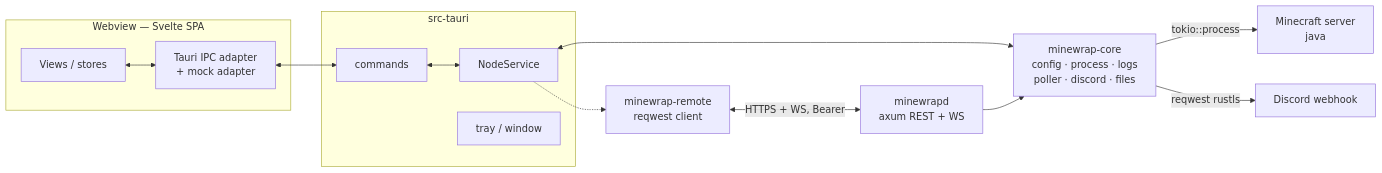
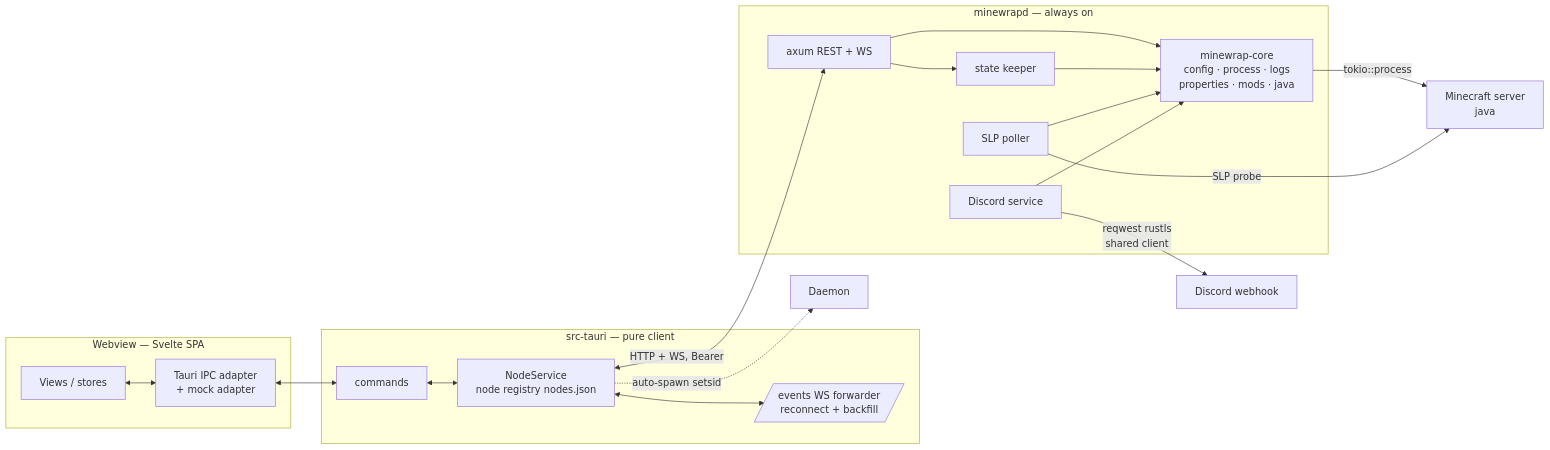
Before and after one commit to longme179/Minewrap: the first of 2 diagrams in ARCHITECTURE.md, drawn with Mermaid. The commit also changed other lines of this file and 26 other files, not shown here.

````diff
--- a/ARCHITECTURE.md
+++ b/ARCHITECTURE.md
@@ -8,25 +12,38 @@
 ```mermaid
 flowchart LR
     subgraph UI [Webview — Svelte SPA]
         V[Views / stores]
         IPC[Tauri IPC adapter<br/>+ mock adapter]
         V <--> IPC
     end
 
-    subgraph TAURI [src-tauri]
+    subgraph TAURI [src-tauri — pure client]
         Cmd[commands]
-        NodeSvc[NodeService]
-        Tray[tray / window]
+        NodeSvc[NodeService<br/>node registry nodes.json]
+        Fwd[/events WS forwarder<br/>reconnect + backfill/]
         Cmd <--> NodeSvc
+        NodeSvc <--> Fwd
     end
 
-    NodeSvc <--> Core[minewrap-core<br/>config · process · logs<br/>poller · discord · files]
-    NodeSvc -.-> Remote[minewrap-remote<br/>reqwest client]
+    IPC <--> Cmd
 
-    IPC <--> Cmd
-    Remote <-->|HTTPS + WS, Bearer| Daemon[minewrapd<br/>axum REST + WS]
-    Daemon --> Core
+    subgraph DAEMON [minewrapd — always on]
+        Api[axum REST + WS]
+        Keeper[state keeper]
+        Poller[SLP poller]
+        DiscordS[Discord service]
+        Core[minewrap-core<br/>config · process · logs<br/>properties · mods · java]
+        Api --> Keeper
+        Api --> Core
+        Keeper --> Core
+        Poller --> Core
+        DiscordS --> Core
+    end
+
+    NodeSvc <-->|HTTP + WS, Bearer| Api
+    NodeSvc -.->|auto-spawn setsid| Daemon
 
     Core -->|tokio::process| MC[Minecraft server<br/>java]
-    Core -->|reqwest rustls| DW[Discord webhook]
+    DiscordS -->|reqwest rustls<br/>shared client| DW[Discord webhook]
+    Poller -->|SLP probe| MC
 ```
````
